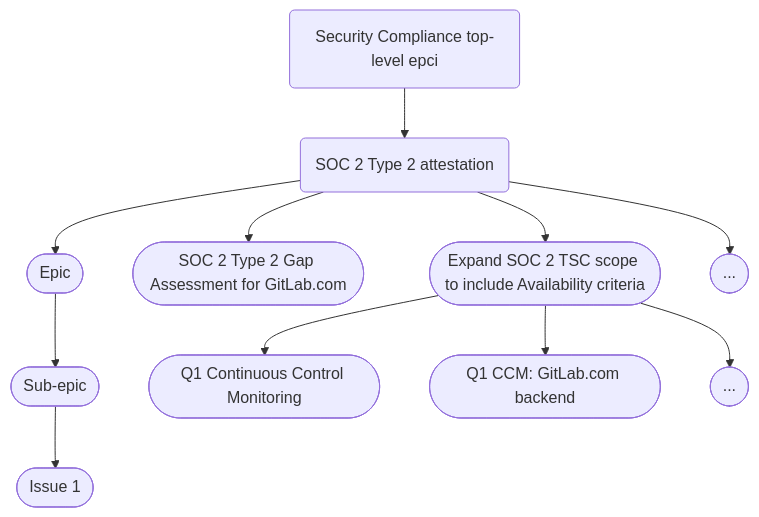
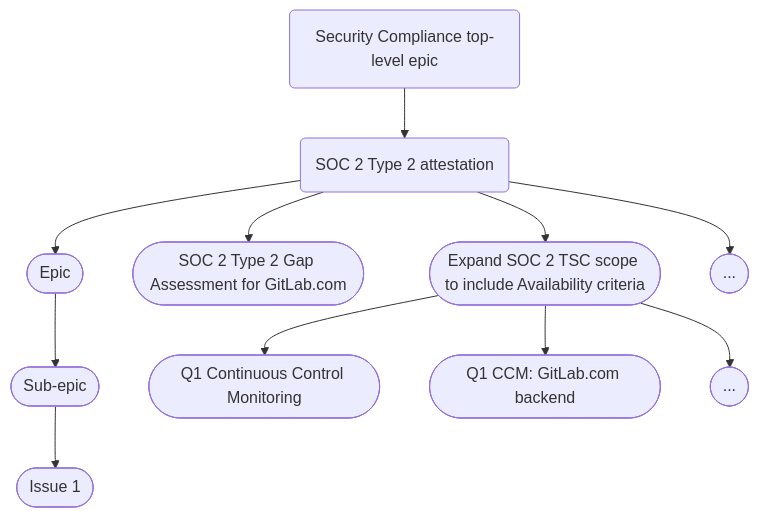
Before and after one commit to zalyoung/gitlab-handbook: the diagram in content/handbook/security/security-assurance/security-compliance/_index.md, drawn with Mermaid. The commit also changed other lines of this file, not shown here.

````diff
--- a/content/handbook/security/security-assurance/security-compliance/_index.md
+++ b/content/handbook/security/security-assurance/security-compliance/_index.md
@@ -67,13 +66,13 @@
 ```mermaid
 graph TD
-A(Security Compliance top-level epci) --> B(SOC 2 Type 2 attestation)
+A(Security Compliance top-level epic) --> B(SOC 2 Type 2 attestation)
 B --> C([Epic])
 B --> D([SOC 2 Type 2 Gap Assessment for GitLab.com])
 B --> E([Expand SOC 2 TSC scope to include Availability criteria])
 C --> G([Sub-epic])
 E --> H([Q1 Continuous Control Monitoring])
 E --> I([Q1 CCM: GitLab.com backend])
 B --> F([...])
 E --> J([...])
 G --> K([Issue 1])
 ```
````
